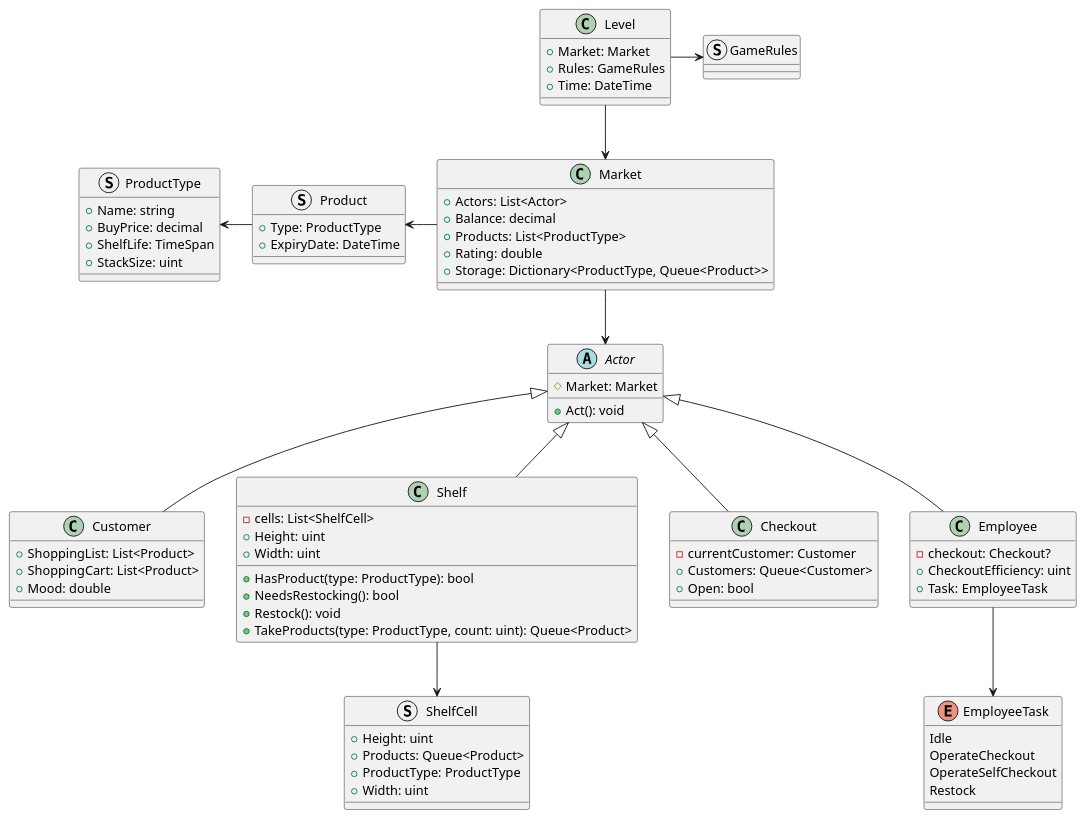
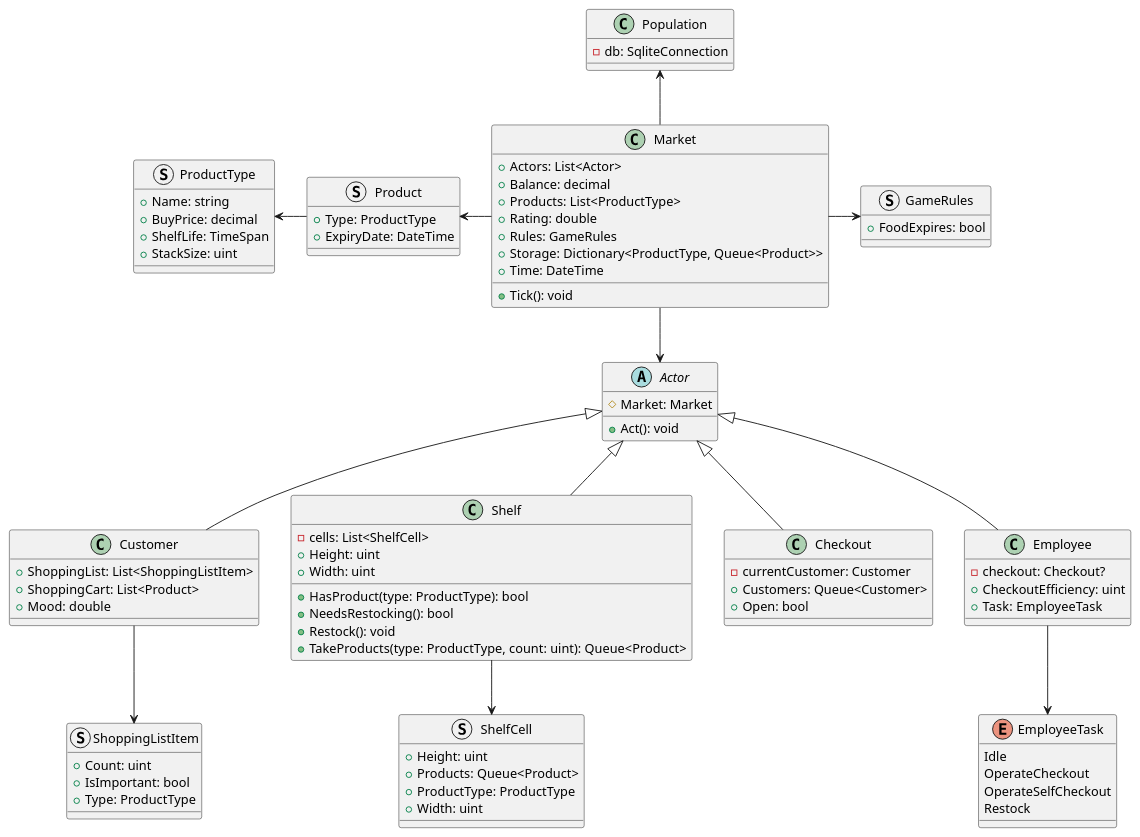
One commit to ebsksjk/untitled-tycoon-game changed the diagram in notizen/diagram.plantuml. Above: the diagram before and after it, drawn with PlantUML.

Commit message:
edited uml

```diff
--- a/notizen/diagram.plantuml
+++ b/notizen/diagram.plantuml
@@ -1,88 +1,97 @@
 @startuml untitled-tycoon-game
 struct ProductType {
     +Name: string
     +BuyPrice: decimal
     +ShelfLife: TimeSpan
     +StackSize: uint
 }
 struct Product {
     +Type: ProductType
     +ExpiryDate: DateTime
 }
 Product -left-> ProductType
 
 abstract class Actor {
     #Market: Market
     +Act(): void
 }
 
+struct ShoppingListItem {
+    +Count: uint
+    +IsImportant: bool
+    +Type: ProductType
+}
+
 class Customer {
-    +ShoppingList: List<Product>
+    +ShoppingList: List<ShoppingListItem>
     +ShoppingCart: List<Product>
     +Mood: double
 }
 Customer -up-|> Actor
+Customer -down-> ShoppingListItem
 
 struct ShelfCell {
     +Height: uint
     +Products: Queue<Product>
     +ProductType: ProductType
     +Width: uint
 }
 
 class Shelf {
     -cells: List<ShelfCell>
     +Height: uint
     +Width: uint
     +HasProduct(type: ProductType): bool
     +NeedsRestocking(): bool
     +Restock(): void
     +TakeProducts(type: ProductType, count: uint): Queue<Product>
 }
 Shelf -up-|> Actor
 Shelf -down-> ShelfCell
 
 class Checkout {
     -currentCustomer: Customer
     +Customers: Queue<Customer>
     +Open: bool
 }
 Checkout -up-|> Actor
 
 enum EmployeeTask  {
     Idle
     OperateCheckout
     OperateSelfCheckout
     Restock
 }
 
 class Employee {
     -checkout: Checkout?
     +CheckoutEfficiency: uint
     +Task: EmployeeTask
 }
 Employee -up-|> Actor
 Employee --> EmployeeTask
 
+struct GameRules {
+    +FoodExpires: bool
+}
+
+class Population {
+    -db: SqliteConnection
+}
+
 class Market {
     +Actors: List<Actor>
     +Balance: decimal
     +Products: List<ProductType>
     +Rating: double
+    +Rules: GameRules
     +Storage: Dictionary<ProductType, Queue<Product>>
+    +Tick(): void
+    +Time: DateTime
 }
 Market --> Actor
 Market -left-> Product
+Market -right-> GameRules
+Market -up-> Population
 
-struct GameRules {
-    
-}
-
-class Level {
-    +Market: Market
-    +Rules: GameRules
-    +Time: DateTime
-}
-Level -right-> GameRules
-Level --> Market
 @enduml
```
